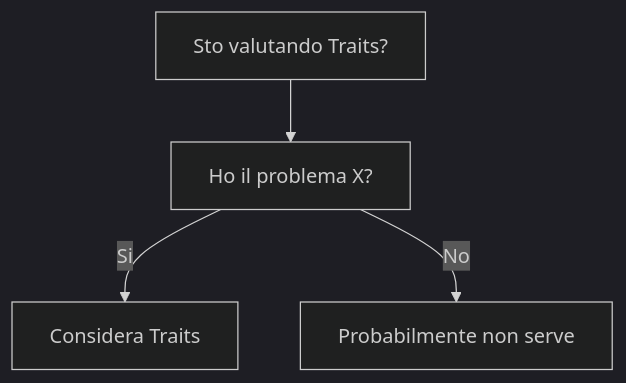
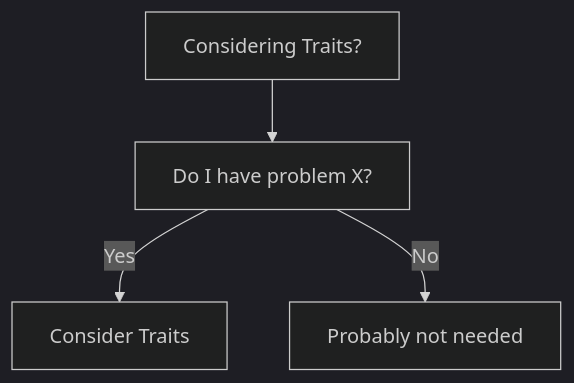
Before and after one commit to HxT9/Software-Dev-Wiki: the diagram in dev-wiki/14_Languages/Rust/Traits/When_To_Use.md, drawn with Mermaid (dark theme). The commit also changed other lines of this file and 3444 other files, not shown here.

````diff
--- a/dev-wiki/14_Languages/Rust/Traits/When_To_Use.md
+++ b/dev-wiki/14_Languages/Rust/Traits/When_To_Use.md
@@ -19,6 +19,6 @@
 ```mermaid
 flowchart TD
-  Q[Sto valutando Traits?] --> Q1[Ho il problema X?]
-  Q1 -->|Si| OK[Considera Traits]
-  Q1 -->|No| NO[Probabilmente non serve]
+  Q[Considering Traits?] --> Q1[Do I have problem X?]
+  Q1 -->|Yes| OK[Consider Traits]
+  Q1 -->|No| NO[Probably not needed]
 ```
````
